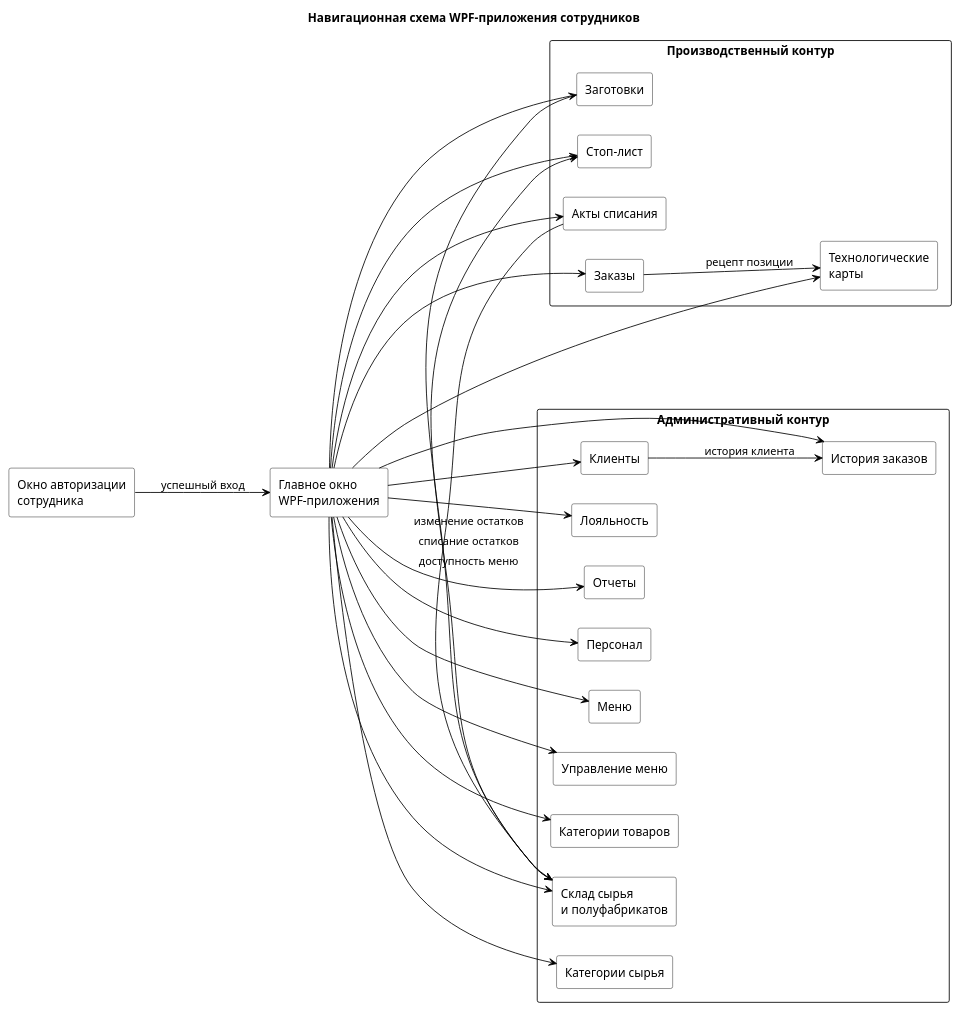
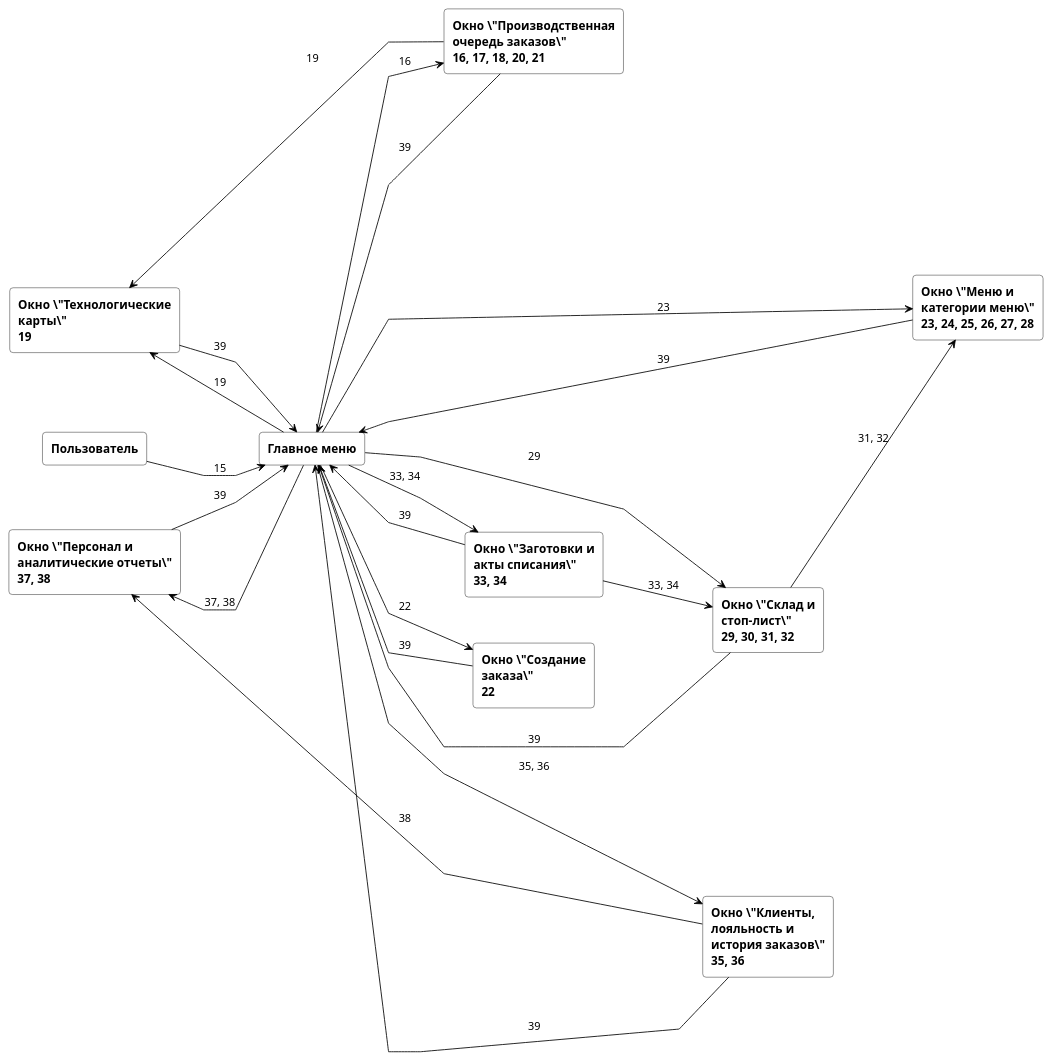
One commit to KosSimon-VKI/Diplom2026-main changed the diagram in PZ_assets/4.2.3.1_wpf_navigation_scheme.puml. Above: the diagram before and after it, drawn with PlantUML. The commit also changed 7 other files, not shown here.

```diff
--- a/PZ_assets/4.2.3.1_wpf_navigation_scheme.puml
+++ b/PZ_assets/4.2.3.1_wpf_navigation_scheme.puml
@@ -1,61 +1,64 @@
 @startuml
 skinparam monochrome true
 skinparam shadowing false
 skinparam defaultFontName "Times New Roman"
 skinparam ArrowColor Black
+skinparam linetype polyline
+skinparam roundcorner 8
+skinparam nodesep 55
+skinparam ranksep 55
 skinparam rectangle {
   BackgroundColor White
   BorderColor Black
   FontColor Black
+  FontStyle bold
 }
-
-title Навигационная схема WPF-приложения сотрудников
 
 left to right direction
 
-rectangle "Окно авторизации\nсотрудника" as Auth
-rectangle "Главное окно\nWPF-приложения" as Shell
+rectangle "Окно \"Технологические\nкарты\"\n19" as TechCards
+rectangle "Пользователь" as User
+rectangle "Окно \"Персонал и\nаналитические отчеты\"\n37, 38" as ReportsStaff
 
-rectangle "Производственный контур" {
-  rectangle "Заказы" as Orders
-  rectangle "Технологические\nкарты" as TechCards
-  rectangle "Заготовки" as Preparations
-  rectangle "Стоп-лист" as StopList
-  rectangle "Акты списания" as WriteOff
-}
+rectangle "Окно \"Производственная\nочередь заказов\"\n16, 17, 18, 20, 21" as Orders
+rectangle "Главное меню" as MainMenu
+rectangle "Окно \"Меню и\nкатегории меню\"\n23, 24, 25, 26, 27, 28" as MenuAdmin
 
-rectangle "Административный контур" {
-  rectangle "Меню" as MenuItems
-  rectangle "Управление меню" as MenuManagement
-  rectangle "Категории товаров" as ProductCategories
-  rectangle "Склад сырья\nи полуфабрикатов" as Inventory
-  rectangle "Категории сырья" as IngredientCategories
-  rectangle "История заказов" as OrderHistory
-  rectangle "Клиенты" as Clients
-  rectangle "Лояльность" as Loyalty
-  rectangle "Отчеты" as Reports
-  rectangle "Персонал" as Staff
-}
+rectangle "Окно \"Заготовки и\nакты списания\"\n33, 34" as WriteOffPrep
+rectangle "Окно \"Создание\nзаказа\"\n22" as OrderCreate
+rectangle "Окно \"Склад и\nстоп-лист\"\n29, 30, 31, 32" as InventoryStop
+rectangle "Окно \"Клиенты,\nлояльность и\nистория заказов\"\n35, 36" as ClientsLoyalty
 
-Auth --> Shell : успешный вход
-Shell --> Orders
-Shell --> TechCards
-Shell --> Preparations
-Shell --> StopList
-Shell --> WriteOff
-Shell --> MenuItems
-Shell --> MenuManagement
-Shell --> ProductCategories
-Shell --> Inventory
-Shell --> IngredientCategories
-Shell --> OrderHistory
-Shell --> Clients
-Shell --> Loyalty
-Shell --> Reports
-Shell --> Staff
-Clients --> OrderHistory : история клиента
-Orders --> TechCards : рецепт позиции
-Inventory --> StopList : доступность меню
-Preparations --> Inventory : изменение остатков
-WriteOff --> Inventory : списание остатков
+TechCards -[hidden]right-> User
+User -[hidden]right-> ReportsStaff
+Orders -[hidden]right-> MainMenu
+MainMenu -[hidden]right-> MenuAdmin
+WriteOffPrep -[hidden]right-> OrderCreate
+OrderCreate -[hidden]right-> InventoryStop
+InventoryStop -[hidden]right-> ClientsLoyalty
+User -[hidden]down-> MainMenu
+MainMenu -[hidden]down-> OrderCreate
+
+User --> MainMenu : 15
+MainMenu --> TechCards : 19
+TechCards --> MainMenu : 39
+MainMenu --> ReportsStaff : 37, 38
+ReportsStaff --> MainMenu : 39
+MainMenu --> Orders : 16
+Orders --> MainMenu : 39
+MainMenu --> MenuAdmin : 23
+MenuAdmin --> MainMenu : 39
+MainMenu --> WriteOffPrep : 33, 34
+WriteOffPrep --> MainMenu : 39
+MainMenu --> OrderCreate : 22
+OrderCreate --> MainMenu : 39
+MainMenu --> InventoryStop : 29
+InventoryStop --> MainMenu : 39
+MainMenu --> ClientsLoyalty : 35, 36
+ClientsLoyalty --> MainMenu : 39
+Orders --> TechCards : 19
+InventoryStop --> MenuAdmin : 31, 32
+ClientsLoyalty --> ReportsStaff : 38
+WriteOffPrep --> InventoryStop : 33, 34
+
 @enduml
```
